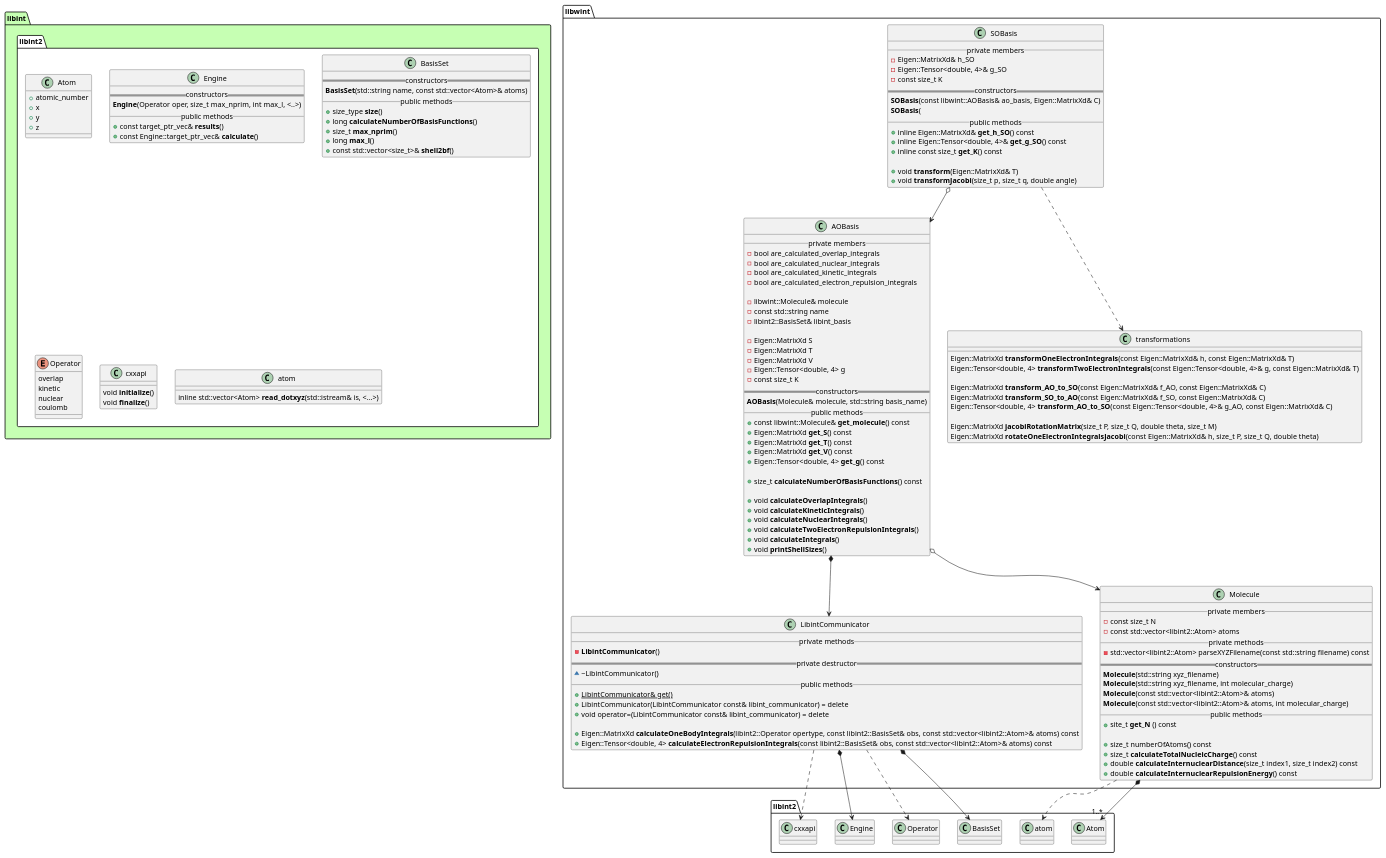
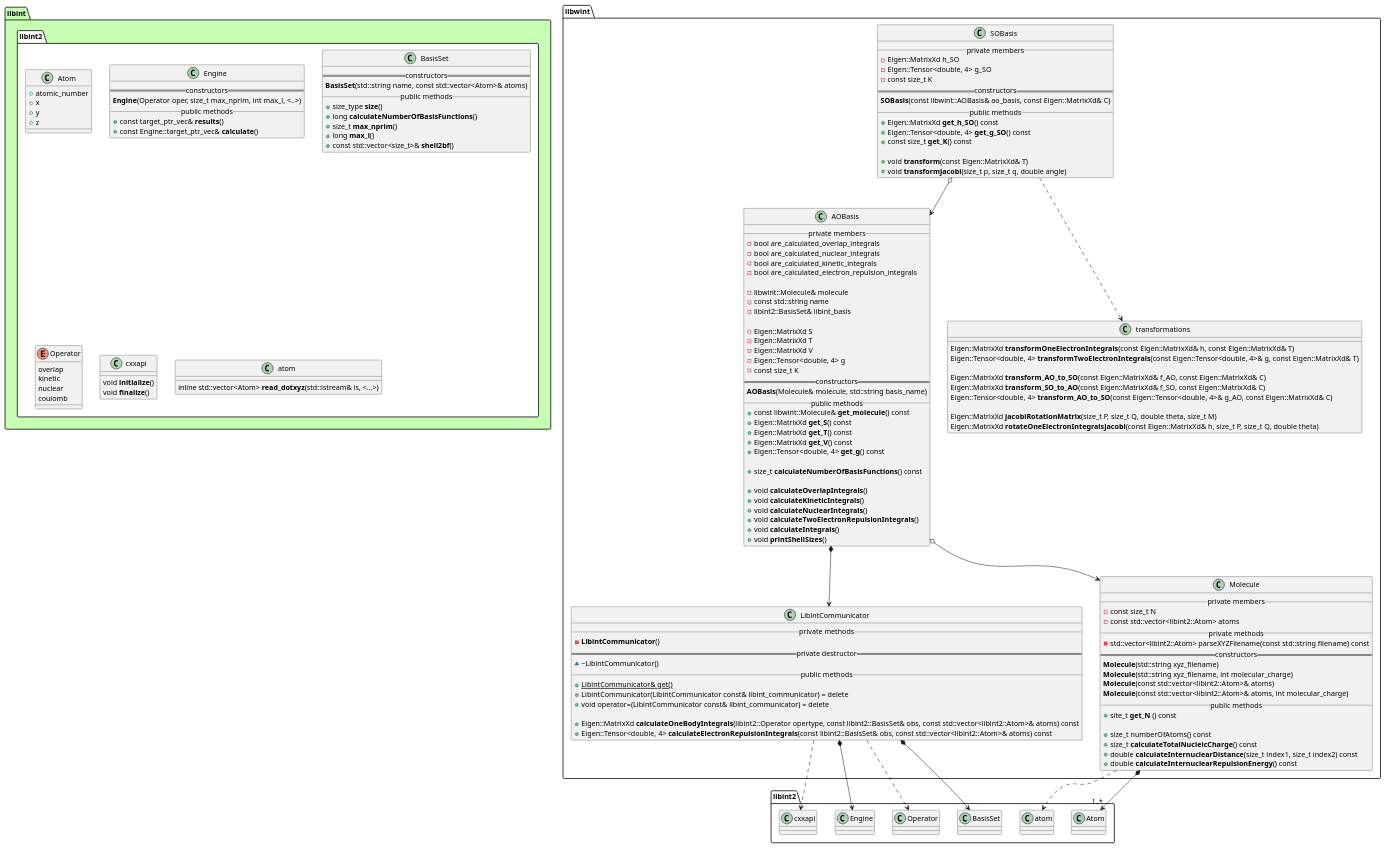
Before and after one commit to tmhuysen/libwint: the diagram in docs/libwint.puml, drawn with PlantUML. The commit also changed 2 other files, not shown here.

Commit message:
Const-correct SOBasis.

```diff
--- a/docs/libwint.puml
+++ b/docs/libwint.puml
@@ -1,177 +1,176 @@
 @startuml
 
 
 
 package libint #c6ffb3 {
     namespace libint2 #ffffff {
         class Atom {
             + atomic_number
             + x
             + y
             + z
         }
 
         class Engine {
             == constructors ==
                 **Engine**(Operator oper, size_t max_nprim, int max_l, <..>)
             __ public methods __
                 + const target_ptr_vec& **results**()
                 + const Engine::target_ptr_vec& **calculate**()
         }
 
         class BasisSet {
             == constructors ==
                 **BasisSet**(std::string name, const std::vector<Atom>& atoms)
             __ public methods __
                 + size_type **size**()
                 + long **calculateNumberOfBasisFunctions**()
                 + size_t **max_nprim**()
                 + long **max_l**()
                 + const std::vector<size_t>& **shell2bf**()
         }
 
         enum Operator {
             overlap
             kinetic
             nuclear
             coulomb
         }
 
         class cxxapi {
                 void **initialize**()
                 void **finalize**()
         }
 
         class atom {
             inline std::vector<Atom> **read_dotxyz**(std::istream& is, <...>)
         }
     }
 }
 
 
 
 
 namespace libwint {
 
     class AOBasis {
         __ private members __
             - bool are_calculated_overlap_integrals
             - bool are_calculated_nuclear_integrals
             - bool are_calculated_kinetic_integrals
             - bool are_calculated_electron_repulsion_integrals
 
             - libwint::Molecule& molecule
             - const std::string name
             - libint2::BasisSet& libint_basis
 
             - Eigen::MatrixXd S
             - Eigen::MatrixXd T
             - Eigen::MatrixXd V
             - Eigen::Tensor<double, 4> g
             - const size_t K
         == constructors ==
             **AOBasis**(Molecule& molecule, std::string basis_name)
         __ public methods __
             + const libwint::Molecule& **get_molecule**() const
             + Eigen::MatrixXd **get_S**() const
             + Eigen::MatrixXd **get_T**() const
             + Eigen::MatrixXd **get_V**() const
             + Eigen::Tensor<double, 4> **get_g**() const
 
             + size_t **calculateNumberOfBasisFunctions**() const
 
             + void **calculateOverlapIntegrals**()
             + void **calculateKineticIntegrals**()
             + void **calculateNuclearIntegrals**()
             + void **calculateTwoElectronRepulsionIntegrals**()
             + void **calculateIntegrals**()
             + void **printShellSizes**()
     }
 
 
     class SOBasis {
         __ private members __
-            - Eigen::MatrixXd& h_SO
-            - Eigen::Tensor<double, 4>& g_SO
+            - Eigen::MatrixXd h_SO
+            - Eigen::Tensor<double, 4> g_SO
             - const size_t K
         == constructors ==
-            **SOBasis**(const libwint::AOBasis& ao_basis, Eigen::MatrixXd& C)
-            **SOBasis**(
+            **SOBasis**(const libwint::AOBasis& ao_basis, const Eigen::MatrixXd& C)
         __ public methods __
-            + inline Eigen::MatrixXd& **get_h_SO**() const
-            + inline Eigen::Tensor<double, 4>& **get_g_SO**() const
-            + inline const size_t **get_K**() const
+            + Eigen::MatrixXd **get_h_SO**() const
+            + Eigen::Tensor<double, 4> **get_g_SO**() const
+            + const size_t **get_K**() const
 
-            + void **transform**(Eigen::MatrixXd& T)
+            + void **transform**(const Eigen::MatrixXd& T)
             + void **transformJacobi**(size_t p, size_t q, double angle)
     }
 
 
     class transformations {
             Eigen::MatrixXd **transformOneElectronIntegrals**(const Eigen::MatrixXd& h, const Eigen::MatrixXd& T)
             Eigen::Tensor<double, 4> **transformTwoElectronIntegrals**(const Eigen::Tensor<double, 4>& g, const Eigen::MatrixXd& T)
 
             Eigen::MatrixXd **transform_AO_to_SO**(const Eigen::MatrixXd& f_AO, const Eigen::MatrixXd& C)
             Eigen::MatrixXd **transform_SO_to_AO**(const Eigen::MatrixXd& f_SO, const Eigen::MatrixXd& C)
             Eigen::Tensor<double, 4> **transform_AO_to_SO**(const Eigen::Tensor<double, 4>& g_AO, const Eigen::MatrixXd& C)
 
             Eigen::MatrixXd **jacobiRotationMatrix**(size_t P, size_t Q, double theta, size_t M)
             Eigen::MatrixXd **rotateOneElectronIntegralsJacobi**(const Eigen::MatrixXd& h, size_t P, size_t Q, double theta)
     }
 
 
     class LibintCommunicator {
         __ private methods __
             - **LibintCommunicator**()
         == private destructor ==
             ~ ~LibintCommunicator()
         __ public methods __
             + {static} LibintCommunicator& get()
             + LibintCommunicator(LibintCommunicator const& libint_communicator) = delete
             + void operator=(LibintCommunicator const& libint_communicator) = delete
 
             + Eigen::MatrixXd **calculateOneBodyIntegrals**(libint2::Operator opertype, const libint2::BasisSet& obs, const std::vector<libint2::Atom>& atoms) const
             + Eigen::Tensor<double, 4> **calculateElectronRepulsionIntegrals**(const libint2::BasisSet& obs, const std::vector<libint2::Atom>& atoms) const
     }
 
 
     class Molecule {
         __ private members __
             - const size_t N
             - const std::vector<libint2::Atom> atoms
         __ private methods __
             - std::vector<libint2::Atom> parseXYZFilename(const std::string filename) const
         == constructors ==
             **Molecule**(std::string xyz_filename)
             **Molecule**(std::string xyz_filename, int molecular_charge)
             **Molecule**(const std::vector<libint2::Atom>& atoms)
             **Molecule**(const std::vector<libint2::Atom>& atoms, int molecular_charge)
         __ public methods __
             + site_t **get_N** () const
 
             + size_t numberOfAtoms() const
             + size_t **calculateTotalNucleicCharge**() const
             + double **calculateInternuclearDistance**(size_t index1, size_t index2) const
             + double **calculateInternuclearRepulsionEnergy**() const
     }
 
 }
 
 
 
 libwint.AOBasis o--> libwint.Molecule
 libwint.AOBasis *--> libwint.LibintCommunicator
 
 libwint.LibintCommunicator *--> libint2.BasisSet
 libwint.LibintCommunicator ..> libint2.Operator
 libwint.LibintCommunicator *--> libint2.Engine
 libwint.LibintCommunicator ..> libint2.cxxapi
 
 libwint.Molecule *--> "1..*" libint2.Atom
 libwint.Molecule ..> libint2.atom
 
 libwint.SOBasis ..> libwint.transformations
 libwint.SOBasis o--> libwint.AOBasis
 
 
 @enduml
```
